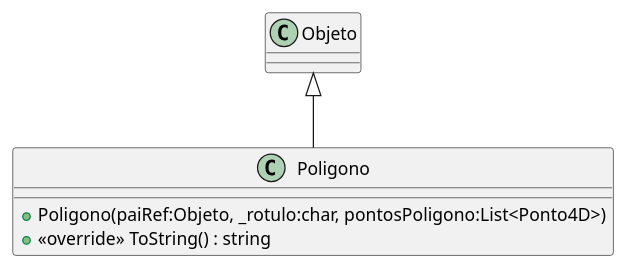
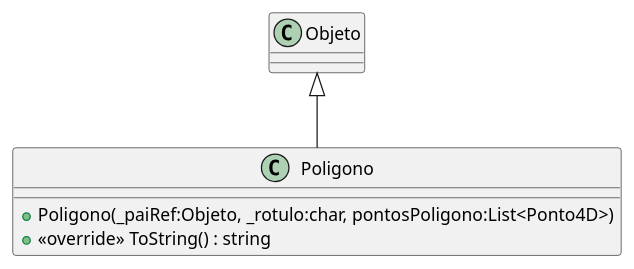
The diagram in Unidade2/CG_N2_Exemplo/plantuml/Poligono.puml (dalton-reis/CG_2024_1), drawn with PlantUML before and after one commit. The commit also changed 42 other files, not shown here.

```diff
--- a/Unidade2/CG_N2_Exemplo/plantuml/Poligono.puml
+++ b/Unidade2/CG_N2_Exemplo/plantuml/Poligono.puml
@@ -1,7 +1,7 @@
 @startuml
 class Poligono {
-    + Poligono(paiRef:Objeto, _rotulo:char, pontosPoligono:List<Ponto4D>)
+    + Poligono(_paiRef:Objeto, _rotulo:char, pontosPoligono:List<Ponto4D>)
     + <<override>> ToString() : string
 }
 Objeto <|-- Poligono
 @enduml
```
